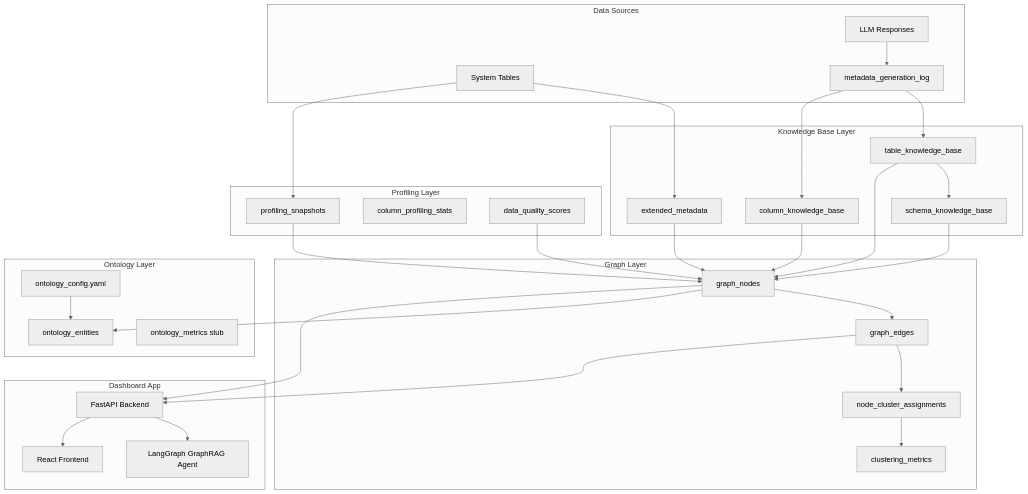
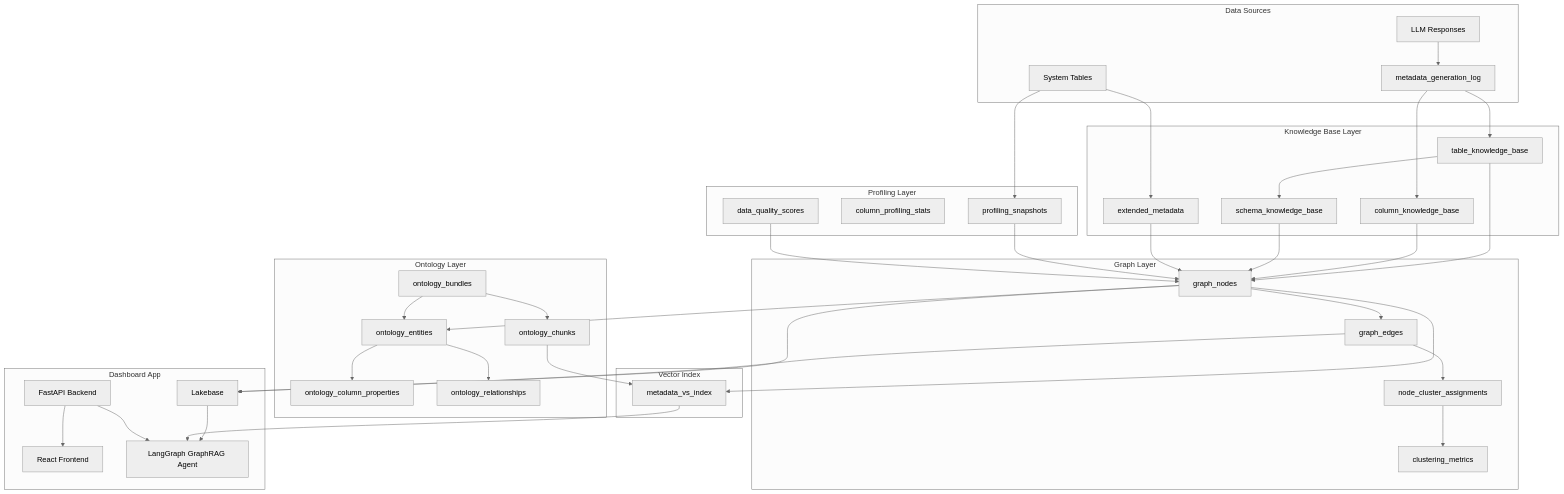
The diagram in README.md (databricks-industry-solutions/dbxmetagen), drawn with Mermaid (neutral theme) before and after one commit. The commit also changed other lines of this file and 1 other file, not shown here.

````diff
--- a/README.md
+++ b/README.md
@@ -130,66 +130,81 @@
 ```mermaid
 flowchart TB
     subgraph sources [Data Sources]
         SYS[System Tables]
         LOG[metadata_generation_log]
         LLM[LLM Responses]
     end
 
     subgraph kb [Knowledge Base Layer]
         TKB[table_knowledge_base]
         CKB[column_knowledge_base]
         SKB[schema_knowledge_base]
         EXT[extended_metadata]
     end
 
     subgraph profiling [Profiling Layer]
         PROF[profiling_snapshots]
         CS[column_profiling_stats]
         DQ[data_quality_scores]
     end
 
     subgraph graph [Graph Layer]
         GN[graph_nodes]
         GE[graph_edges]
         NCA[node_cluster_assignments]
         CM[clustering_metrics]
     end
 
     subgraph ontology [Ontology Layer]
-        ONT_CFG[ontology_config.yaml]
+        ONT_CFG[ontology_bundles]
         ENT[ontology_entities]
-        MET[ontology_metrics stub]
+        OCP[ontology_column_properties]
+        ORL[ontology_relationships]
+        OCH[ontology_chunks]
+    end
+
+    subgraph vector [Vector Index]
+        VSI[metadata_vs_index]
     end
 
     subgraph app [Dashboard App]
         API[FastAPI Backend]
         UI[React Frontend]
         AGT[LangGraph GraphRAG Agent]
+        LB[Lakebase]
     end
 
     SYS --> EXT
     SYS --> PROF
     LOG --> TKB
     LOG --> CKB
     TKB --> SKB
     LLM --> LOG
 
     TKB --> GN
     CKB --> GN
     SKB --> GN
     EXT --> GN
     PROF --> GN
     DQ --> GN
 
     GN --> GE
     GE --> NCA
     NCA --> CM
 
     ONT_CFG --> ENT
+    ONT_CFG --> OCH
     GN --> ENT
+    ENT --> OCP
+    ENT --> ORL
 
-    GN --> API
-    GE --> API
+    GN --> VSI
+    OCH --> VSI
+
+    GN --> LB
+    GE --> LB
+    LB --> AGT
+    VSI --> AGT
     API --> AGT
     API --> UI
 ```
````
